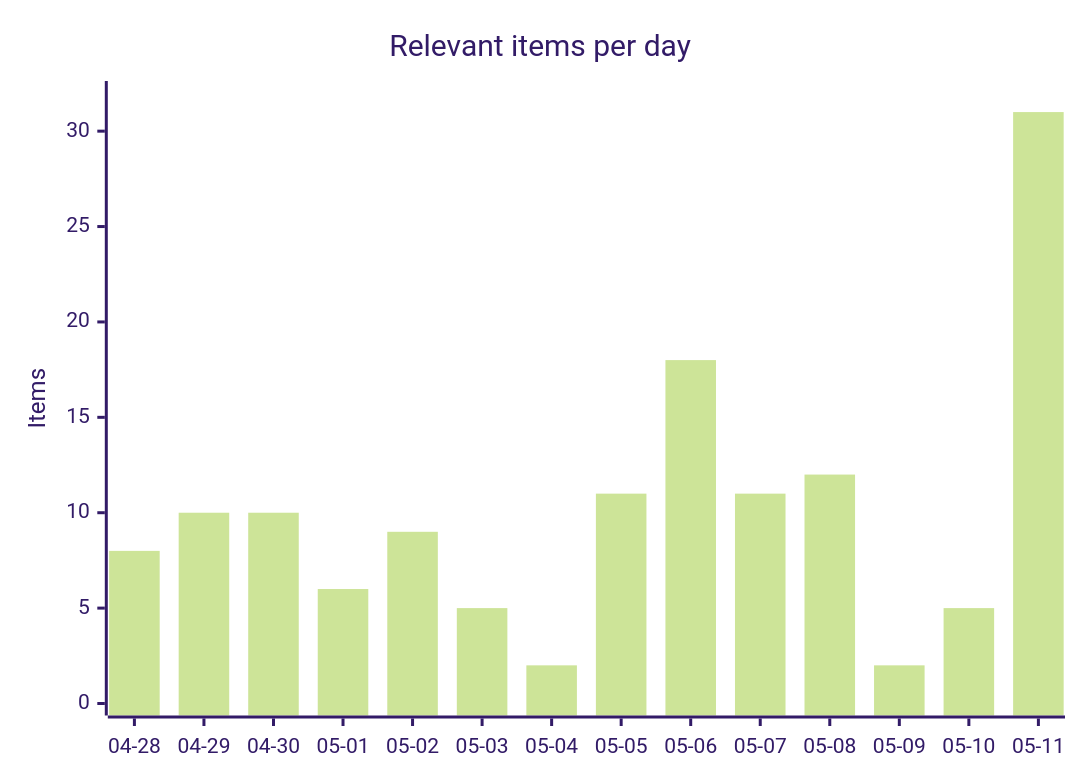
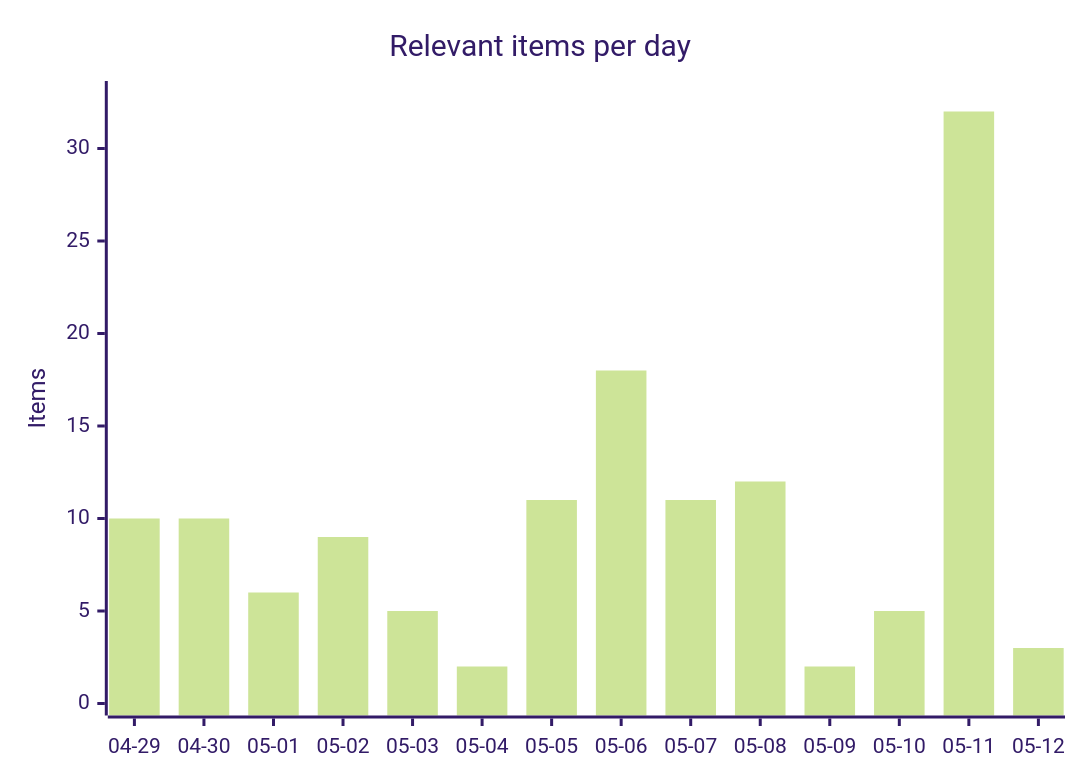
One commit to martinbalfanz/social-scanner-reports changed the first of 4 diagrams in README.md. Above: the diagram before and after it, drawn with Mermaid (forest theme). The commit also changed other lines of this file and 2 other files, not shown here.

````diff
--- a/README.md
+++ b/README.md
@@ -30,7 +30,7 @@
 ```mermaid
 xychart-beta
     title "Relevant items per day"
-    x-axis ["04-28", "04-29", "04-30", "05-01", "05-02", "05-03", "05-04", "05-05", "05-06", "05-07", "05-08", "05-09", "05-10", "05-11"]
-    y-axis "Items" 0 --> 32
-    bar [8, 10, 10, 6, 9, 5, 2, 11, 18, 11, 12, 2, 5, 31]
+    x-axis ["04-29", "04-30", "05-01", "05-02", "05-03", "05-04", "05-05", "05-06", "05-07", "05-08", "05-09", "05-10", "05-11", "05-12"]
+    y-axis "Items" 0 --> 33
+    bar [10, 10, 6, 9, 5, 2, 11, 18, 11, 12, 2, 5, 32, 3]
 ```
````
